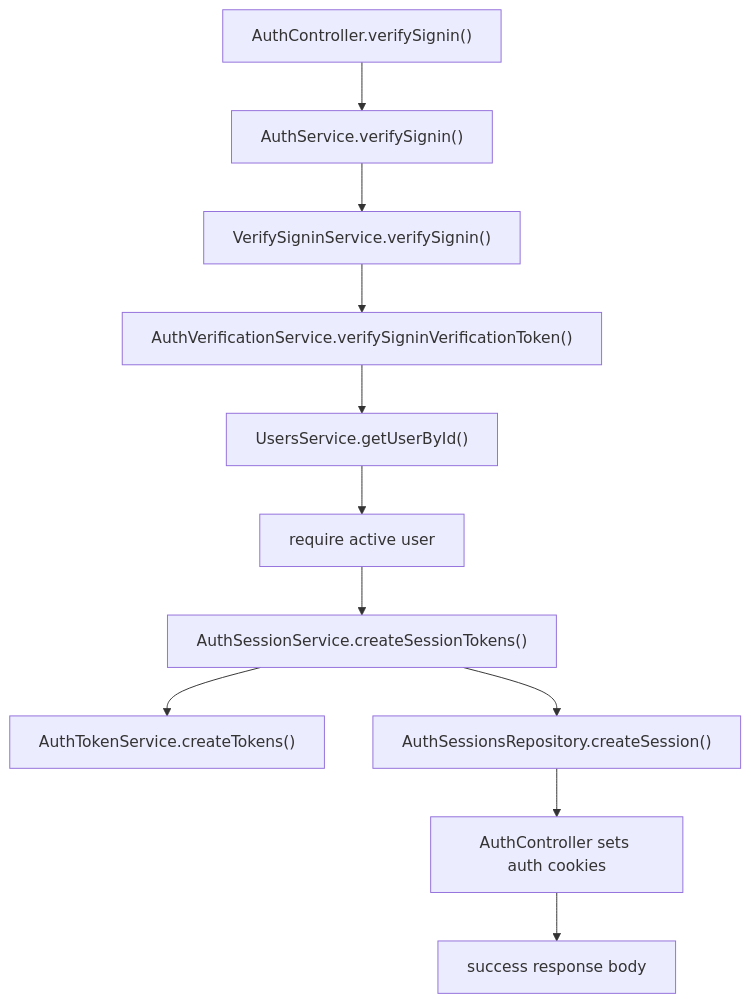
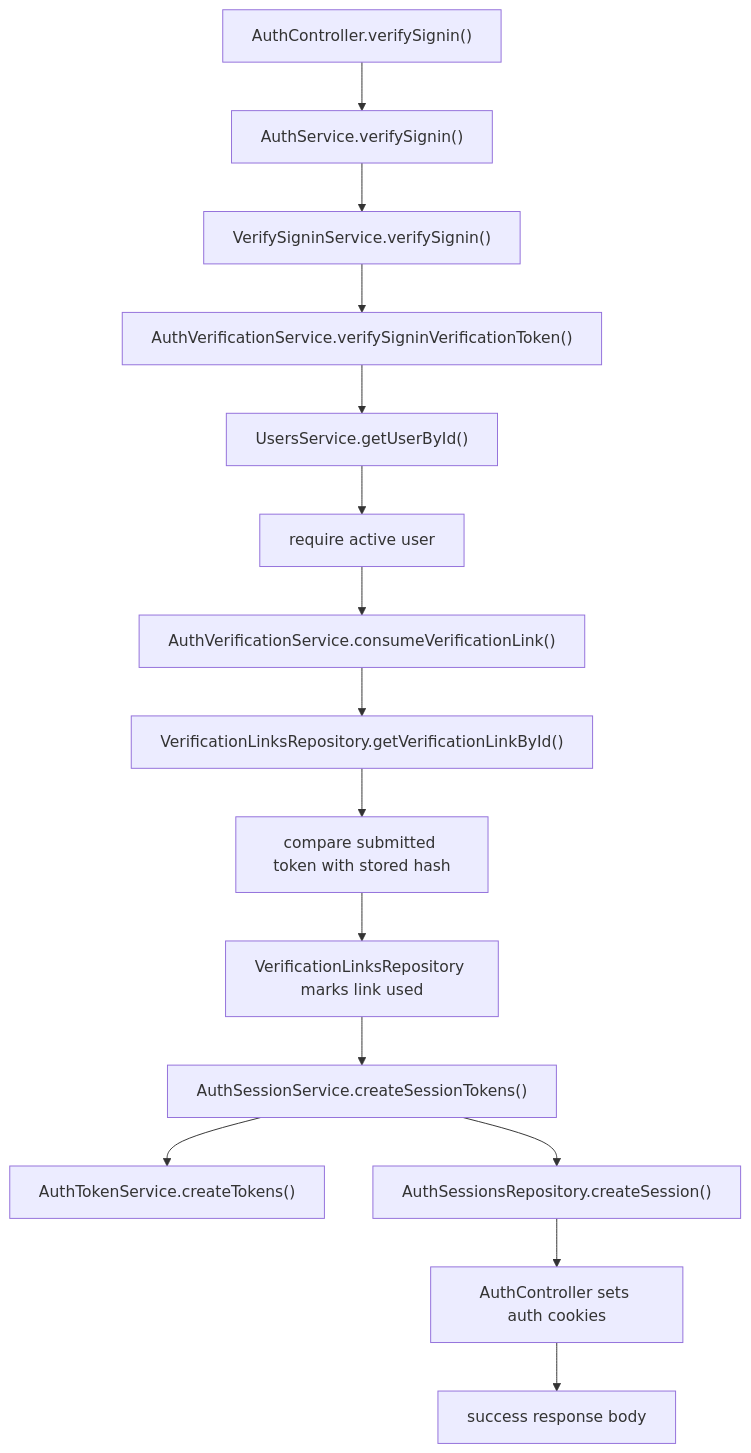
The fourth of 7 diagrams in back/docs/auth/signup-flow.md (KaterynaKocheharova/Practice-app), drawn with Mermaid before and after one commit. The commit also changed other lines of this file and 1 other file, not shown here.

Commit message:
Add verification links docs

````diff
--- a/back/docs/auth/signup-flow.md
+++ b/back/docs/auth/signup-flow.md
@@ -171,13 +182,17 @@
 ```mermaid
 flowchart TD
   Controller["AuthController.verifySignin()"] --> AuthService["AuthService.verifySignin()"]
   AuthService --> VerifyService["VerifySigninService.verifySignin()"]
   VerifyService --> TokenVerify["AuthVerificationService.verifySigninVerificationToken()"]
   TokenVerify --> UserLookup["UsersService.getUserById()"]
   UserLookup --> StatusCheck["require active user"]
-  StatusCheck --> SessionTokens["AuthSessionService.createSessionTokens()"]
+  StatusCheck --> LinkCheck["AuthVerificationService.consumeVerificationLink()"]
+  LinkCheck --> LinkLookup["VerificationLinksRepository.getVerificationLinkById()"]
+  LinkLookup --> HashCompare["compare submitted token with stored hash"]
+  HashCompare --> Consume["VerificationLinksRepository marks link used"]
+  Consume --> SessionTokens["AuthSessionService.createSessionTokens()"]
   SessionTokens --> Tokens["AuthTokenService.createTokens()"]
   SessionTokens --> Session["AuthSessionsRepository.createSession()"]
   Session --> Cookies["AuthController sets auth cookies"]
   Cookies --> Response["success response body"]
 ```
````
